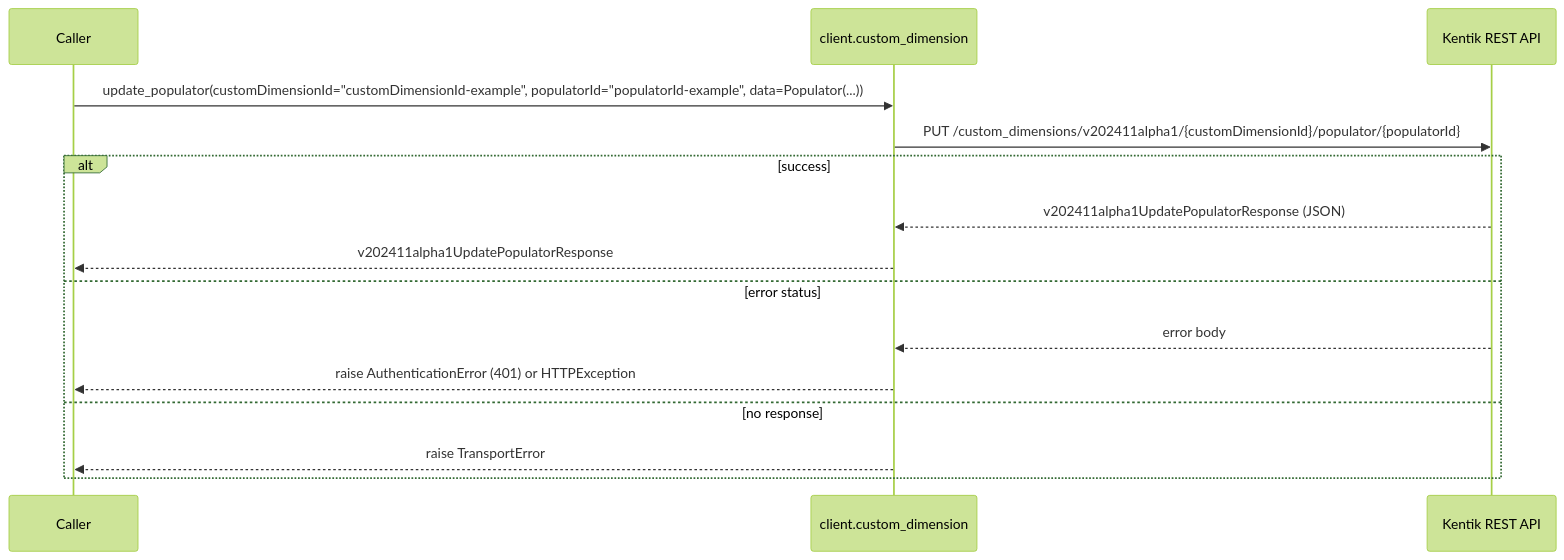
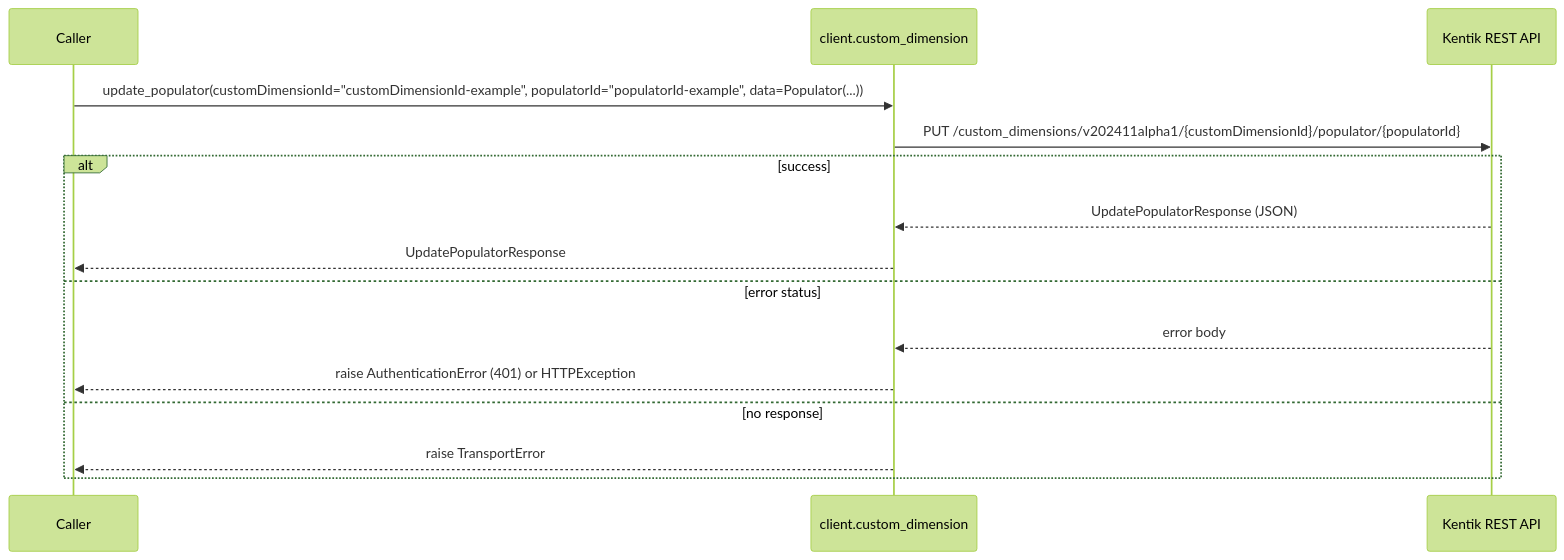
Before and after one commit to alexdearaujo/community_sdk_python: diagram 14 of 22 in docs/sphinx/services/custom_dimension.md, drawn with Mermaid (forest theme). The commit also changed other lines of this file and 38 other files, not shown here.

````diff
--- a/docs/sphinx/services/custom_dimension.md
+++ b/docs/sphinx/services/custom_dimension.md
@@ -493,18 +493,18 @@
 ```mermaid
 sequenceDiagram
     participant C as Caller
     participant W as client.custom_dimension
     participant API as Kentik REST API
 
     C->>W: update_populator(customDimensionId="customDimensionId-example", populatorId="populatorId-example", data=Populator(...))
     W->>API: PUT /custom_dimensions/v202411alpha1/{customDimensionId}/populator/{populatorId}
     alt success
-        API-->>W: v202411alpha1UpdatePopulatorResponse (JSON)
-        W-->>C: v202411alpha1UpdatePopulatorResponse
+        API-->>W: UpdatePopulatorResponse (JSON)
+        W-->>C: UpdatePopulatorResponse
     else error status
         API-->>W: error body
         W-->>C: raise AuthenticationError (401) or HTTPException
     else no response
         W-->>C: raise TransportError
     end
 ```
````
